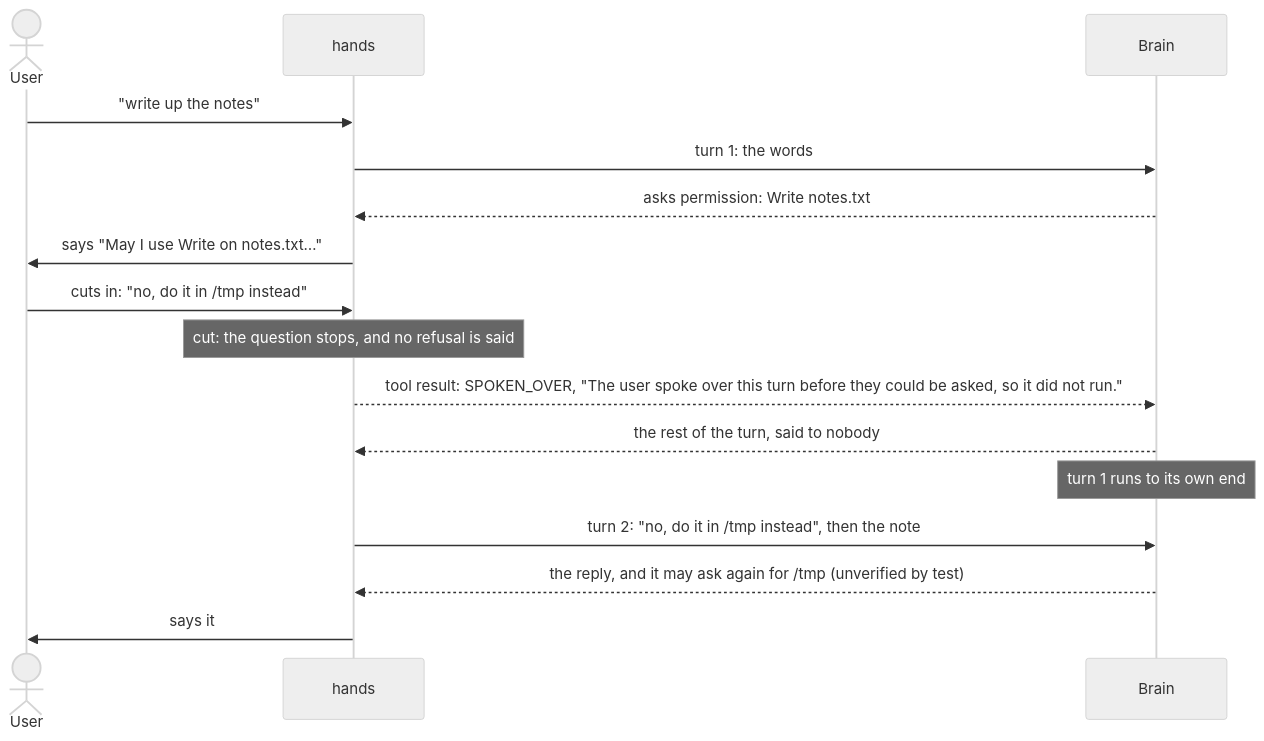
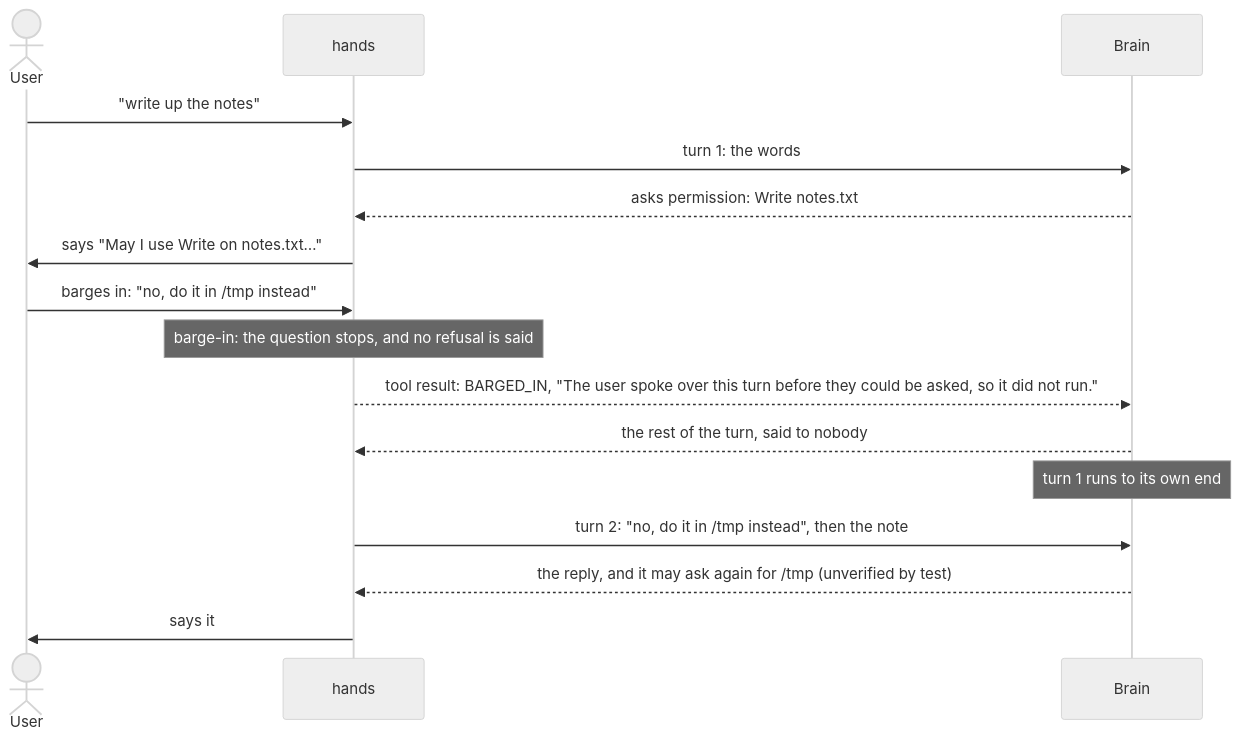
The fourth of 7 diagrams in docs/barge-in.md (promptctl/cc-hands), drawn with Mermaid (neutral theme) before and after one commit. The commit also changed other lines of this file and 32 other files, not shown here.

Commit message:
barge-in: the cut, CutOff, SpokenOver and cut_in are named barge-in, as VoiceXML names it (promptctl-vocabulary-5uk4.2g1)

````diff
--- a/docs/barge-in.md
+++ b/docs/barge-in.md
@@ -264,18 +263,18 @@
 ```mermaid
 sequenceDiagram
     actor U as User
     participant H as hands
     participant B as Brain
     U->>H: "write up the notes"
     H->>B: turn 1: the words
     B-->>H: asks permission: Write notes.txt
     H->>U: says "May I use Write on notes.txt…"
-    U->>H: cuts in: "no, do it in /tmp instead"
-    Note over H: cut: the question stops, and no refusal is said
-    H-->>B: tool result: SPOKEN_OVER, "The user spoke over this turn before they could be asked, so it did not run."
+    U->>H: barges in: "no, do it in /tmp instead"
+    Note over H: barge-in: the question stops, and no refusal is said
+    H-->>B: tool result: BARGED_IN, "The user spoke over this turn before they could be asked, so it did not run."
     B-->>H: the rest of the turn, said to nobody
     Note over B: turn 1 runs to its own end
     H->>B: turn 2: "no, do it in /tmp instead", then the note
     B-->>H: the reply, and it may ask again for /tmp (unverified by test)
     H->>U: says it
 ```
````
